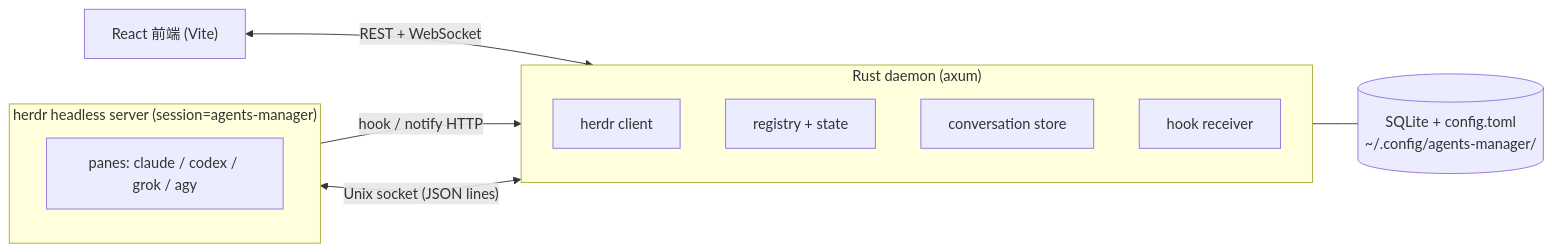
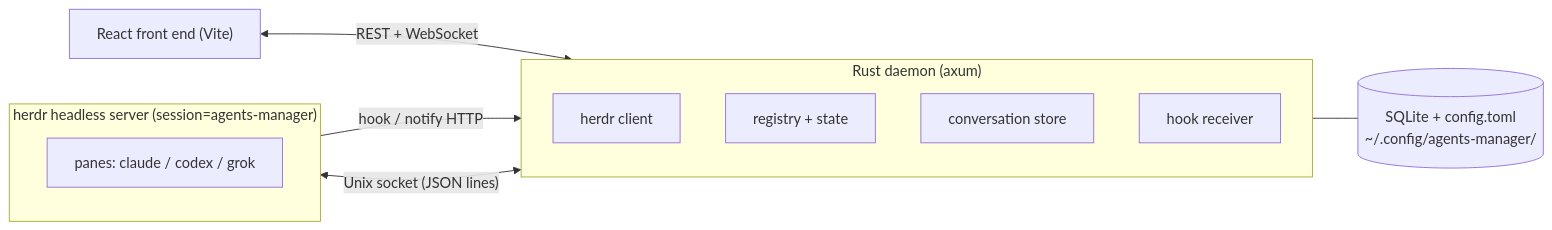
One commit to Eden-Sun/agents-manager changed the diagram in README.md. Above: the diagram before and after it, drawn with Mermaid. The commit also changed other lines of this file and 6 other files, not shown here.

````diff
--- a/README.md
+++ b/README.md
@@ -9,21 +11,21 @@
 ```mermaid
 flowchart LR
-    web["React 前端 (Vite)"]
+    web["React front end (Vite)"]
     subgraph daemon["Rust daemon (axum)"]
         direction TB
         d1["herdr client"]
         d2["registry + state"]
         d3["conversation store"]
         d4["hook receiver"]
     end
     store[("SQLite + config.toml<br/>~/.config/agents-manager/")]
     subgraph herdr["herdr headless server (session=agents-manager)"]
         direction TB
-        panes["panes: claude / codex / grok / agy"]
+        panes["panes: claude / codex / grok"]
     end
 
     web <-- "REST + WebSocket" --> daemon
     daemon <-- "Unix socket (JSON lines)" --> herdr
     panes -- "hook / notify HTTP" --> d4
     daemon --- store
 ```
````
